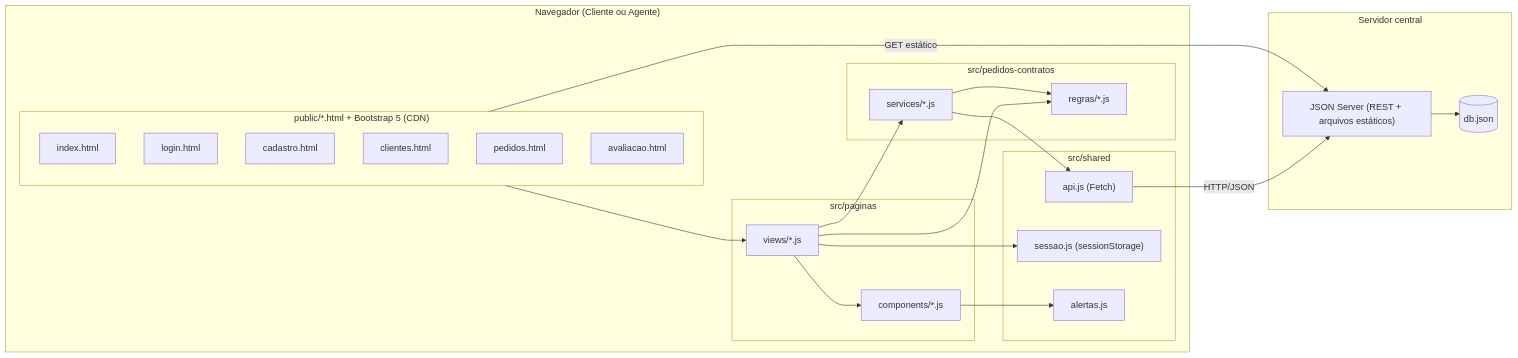
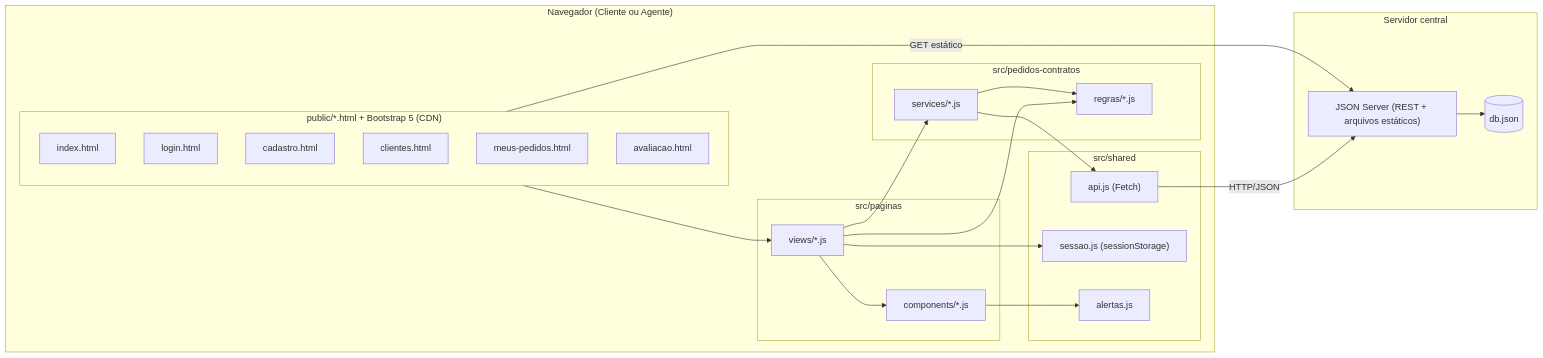
The diagram in docs/diagramas/componentes.md (Arthur-Bicalho/DIW-Lab2), drawn with Mermaid before and after one commit. The commit also changed other lines of this file and 25 other files, not shown here.

````diff
--- a/docs/diagramas/componentes.md
+++ b/docs/diagramas/componentes.md
@@ -5,42 +5,42 @@
 ```mermaid
 flowchart LR
     subgraph navegador["Navegador (Cliente ou Agente)"]
         subgraph html["public/*.html + Bootstrap 5 (CDN)"]
             index["index.html"]
             login["login.html"]
             cadastro["cadastro.html"]
             clientes["clientes.html"]
-            pedidos["pedidos.html"]
+            pedidos["meus-pedidos.html"]
             avaliacao["avaliacao.html"]
         end
         subgraph paginas["src/paginas"]
             views["views/*.js"]
             comp["components/*.js"]
         end
         subgraph pc["src/pedidos-contratos"]
             svc["services/*.js"]
             reg["regras/*.js"]
         end
         subgraph sh["src/shared"]
             api["api.js (Fetch)"]
             ses["sessao.js (sessionStorage)"]
             alr["alertas.js"]
         end
     end
     subgraph servidor["Servidor central"]
         js["JSON Server (REST + arquivos estáticos)"]
         db[("db.json")]
     end
 
     html --> views
     views --> comp
     views --> svc
     views --> reg
     views --> ses
     comp --> alr
     svc --> reg
     svc --> api
     api -- "HTTP/JSON" --> js
     js --> db
     html -- "GET estático" --> js
 ```
````
